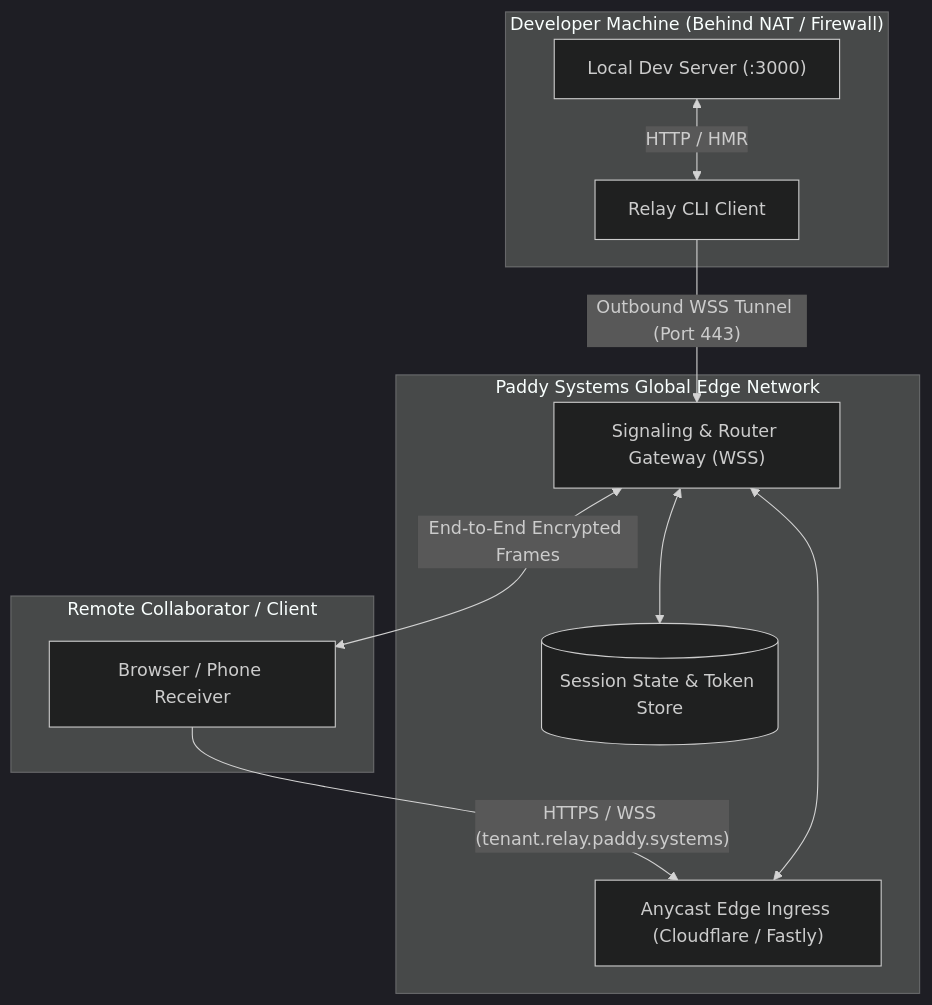
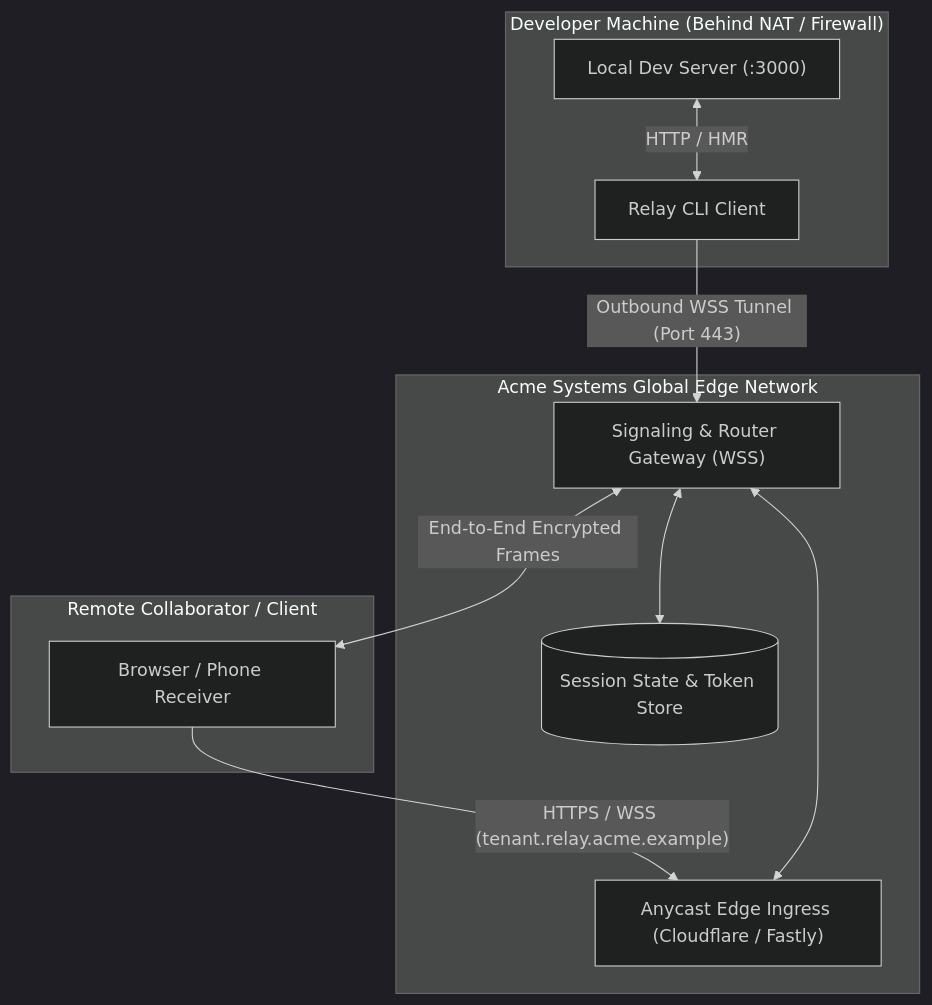
Before and after one commit to ptekspy/relay: the second of 3 diagrams in docs/relay/ARCHITECTURE_DIAGRAMS.md, drawn with Mermaid (dark theme). The commit also changed other lines of this file and 425 other files, not shown here.

````diff
--- a/docs/relay/ARCHITECTURE_DIAGRAMS.md
+++ b/docs/relay/ARCHITECTURE_DIAGRAMS.md
@@ -46,25 +46,25 @@
 ```mermaid
 flowchart TD
     subgraph Host_Machine ["Developer Machine (Behind NAT / Firewall)"]
         DevServer["Local Dev Server (:3000)"]
         HostCLI["Relay CLI Client"]
         DevServer <-->|HTTP / HMR| HostCLI
     end
 
-    subgraph Edge_Cloud ["Paddy Systems Global Edge Network"]
+    subgraph Edge_Cloud ["Acme Systems Global Edge Network"]
         EdgeAnycast["Anycast Edge Ingress (Cloudflare / Fastly)"]
         SignalingCluster["Signaling & Router Gateway (WSS)"]
         SessionRegistry[("Session State & Token Store")]
         
         EdgeAnycast <--> SignalingCluster
         SignalingCluster <--> SessionRegistry
     end
 
     subgraph Remote_Client ["Remote Collaborator / Client"]
         RemoteBrowser["Browser / Phone Receiver"]
     end
 
     HostCLI -->|"Outbound WSS Tunnel (Port 443)"| SignalingCluster
-    RemoteBrowser -->|"HTTPS / WSS (tenant.relay.paddy.systems)"| EdgeAnycast
+    RemoteBrowser -->|"HTTPS / WSS (tenant.relay.acme.example)"| EdgeAnycast
     SignalingCluster <-->|"End-to-End Encrypted Frames"| RemoteBrowser
 ```
````
